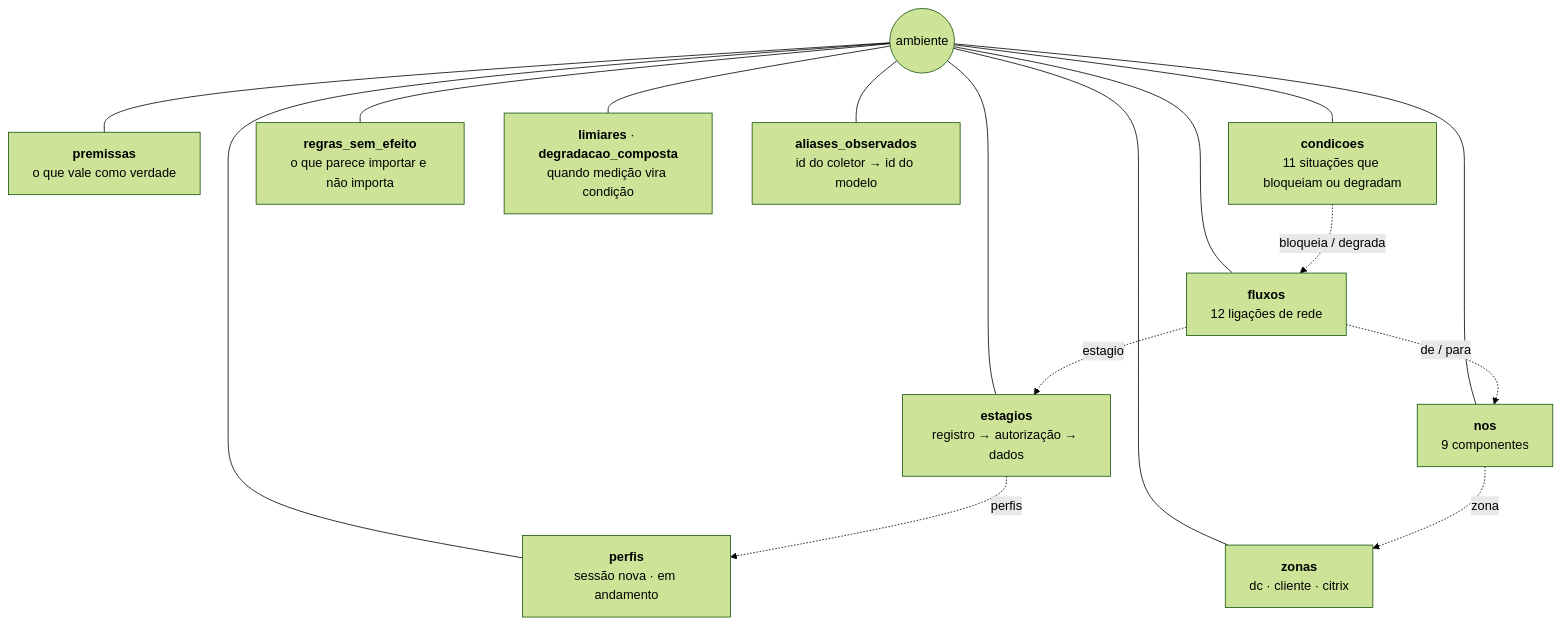
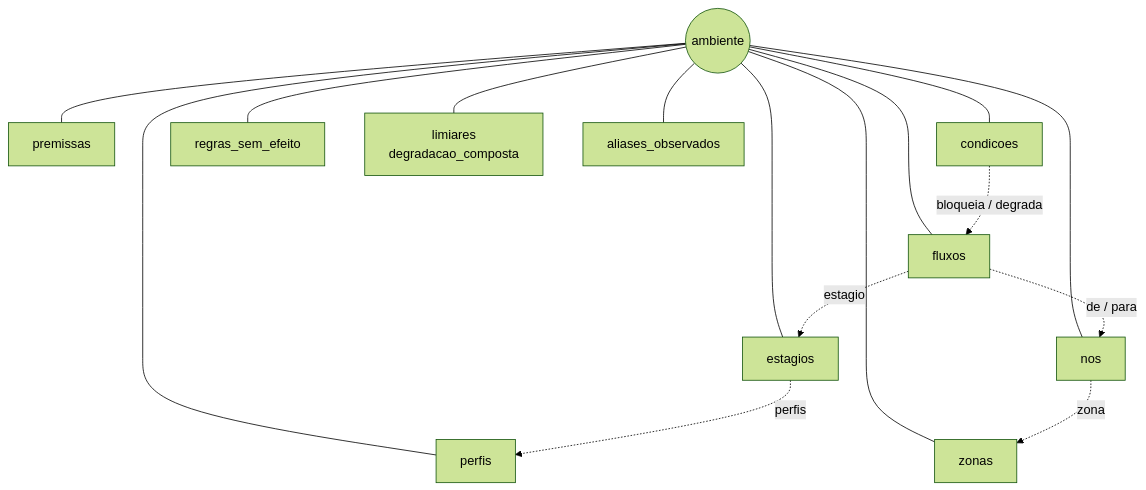
Before and after one commit to tr0drigues/gemeodigital: the seventh of 12 diagrams in README.md, drawn with Mermaid (forest theme). The commit also changed other lines of this file and 2 other files, not shown here.

````diff
--- a/README.md
+++ b/README.md
@@ -351,19 +276,19 @@
 ```mermaid
 flowchart TB
     R(("ambiente"))
-    R --- P["<b>premissas</b><br/>o que vale como verdade"]
-    R --- PF["<b>perfis</b><br/>sessão nova · em andamento"]
-    R --- Z["<b>zonas</b><br/>dc · cliente · citrix"]
-    R --- N["<b>nos</b><br/>9 componentes"]
-    R --- E["<b>estagios</b><br/>registro → autorização → dados"]
-    R --- F["<b>fluxos</b><br/>12 ligações de rede"]
-    R --- C["<b>condicoes</b><br/>11 situações que bloqueiam ou degradam"]
-    R --- S["<b>regras_sem_efeito</b><br/>o que parece importar e não importa"]
-    R --- L["<b>limiares</b> · <b>degradacao_composta</b><br/>quando medição vira condição"]
-    R --- A["<b>aliases_observados</b><br/>id do coletor → id do modelo"]
+    R --- P["premissas"]
+    R --- PF["perfis"]
+    R --- Z["zonas"]
+    R --- N["nos"]
+    R --- E["estagios"]
+    R --- F["fluxos"]
+    R --- C["condicoes"]
+    R --- S["regras_sem_efeito"]
+    R --- L["limiares<br/>degradacao_composta"]
+    R --- A["aliases_observados"]
     N -. "zona" .-> Z
     F -. "de / para" .-> N
     F -. "estagio" .-> E
     E -. "perfis" .-> PF
     C -. "bloqueia / degrada" .-> F
 ```
````
